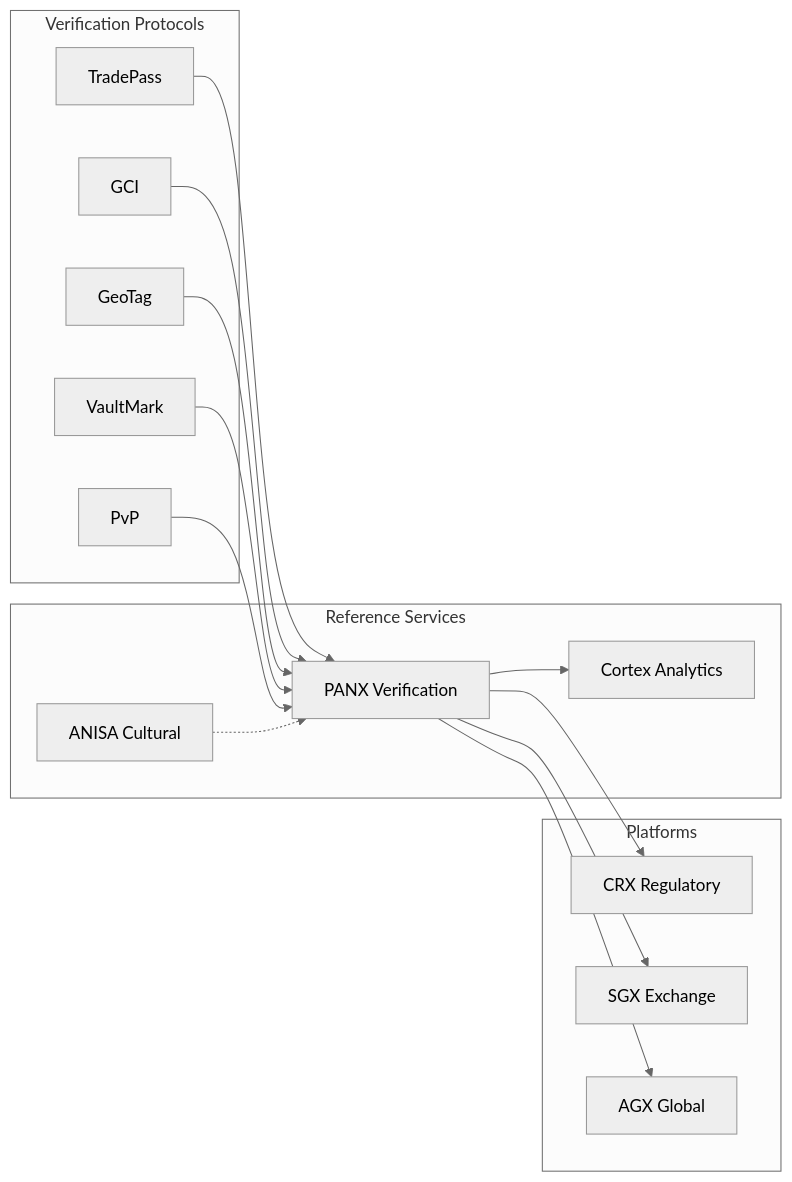
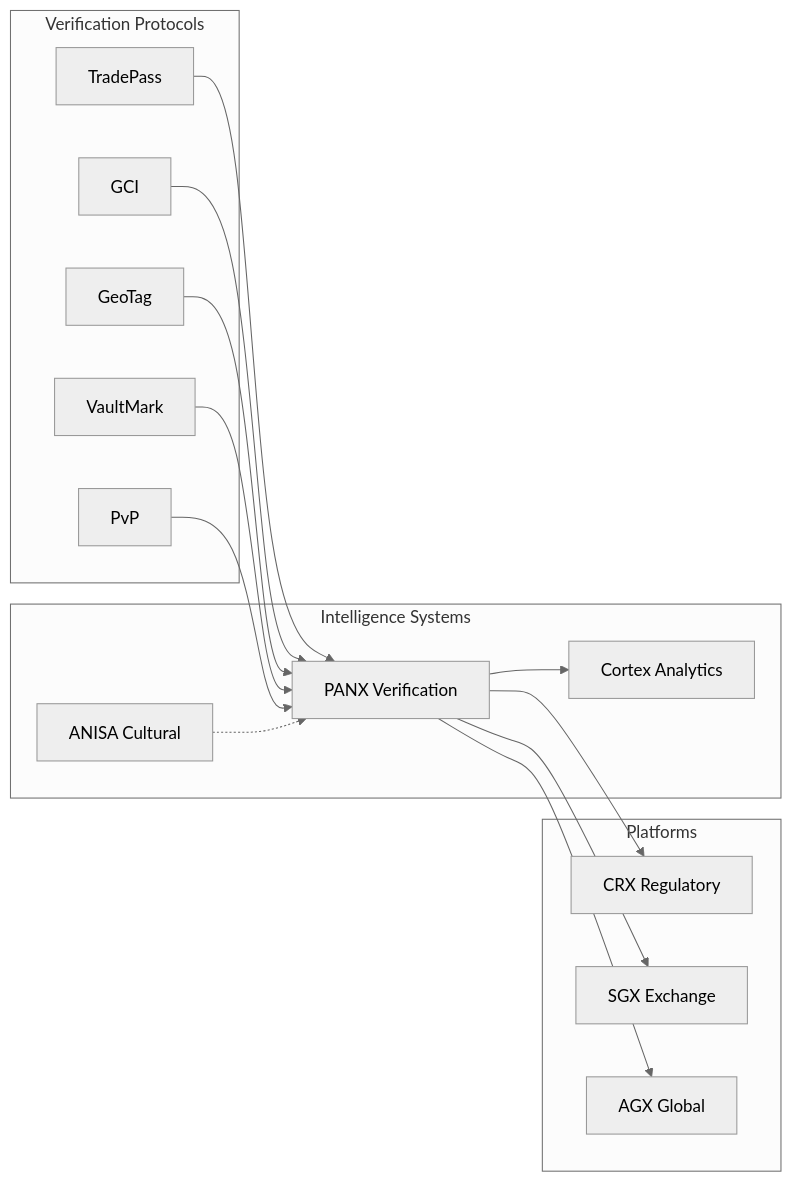
The third of 9 diagrams in README.md (gtcx-protocol/gtcx-ecosystem-agile), drawn with Mermaid (neutral theme) before and after one commit. The commit also changed other lines of this file, not shown here.

Commit message:
docs(readme): rename Reference services → Intelligence systems across docs and diagrams

````diff
--- a/README.md
+++ b/README.md
@@ -189,30 +189,30 @@
 ```mermaid
 flowchart LR
   subgraph VP["Verification Protocols"]
     TP["TradePass"]
     GCI["GCI"]
     GT["GeoTag"]
     VM["VaultMark"]
     PVP["PvP"]
   end
-  subgraph RS["Reference Services"]
+  subgraph RS["Intelligence Systems"]
     PANX["PANX Verification"]
     ANISA["ANISA Cultural"]
     CORTEX["Cortex Analytics"]
   end
   subgraph PL["Platforms"]
     CRX["CRX Regulatory"]
     SGX["SGX Exchange"]
     AGX["AGX Global"]
   end
   TP --> PANX
   GCI --> PANX
   GT --> PANX
   VM --> PANX
   PVP --> PANX
   ANISA -.-> PANX
   PANX --> CORTEX
   PANX --> CRX
   PANX --> SGX
   PANX --> AGX
 ```
````
